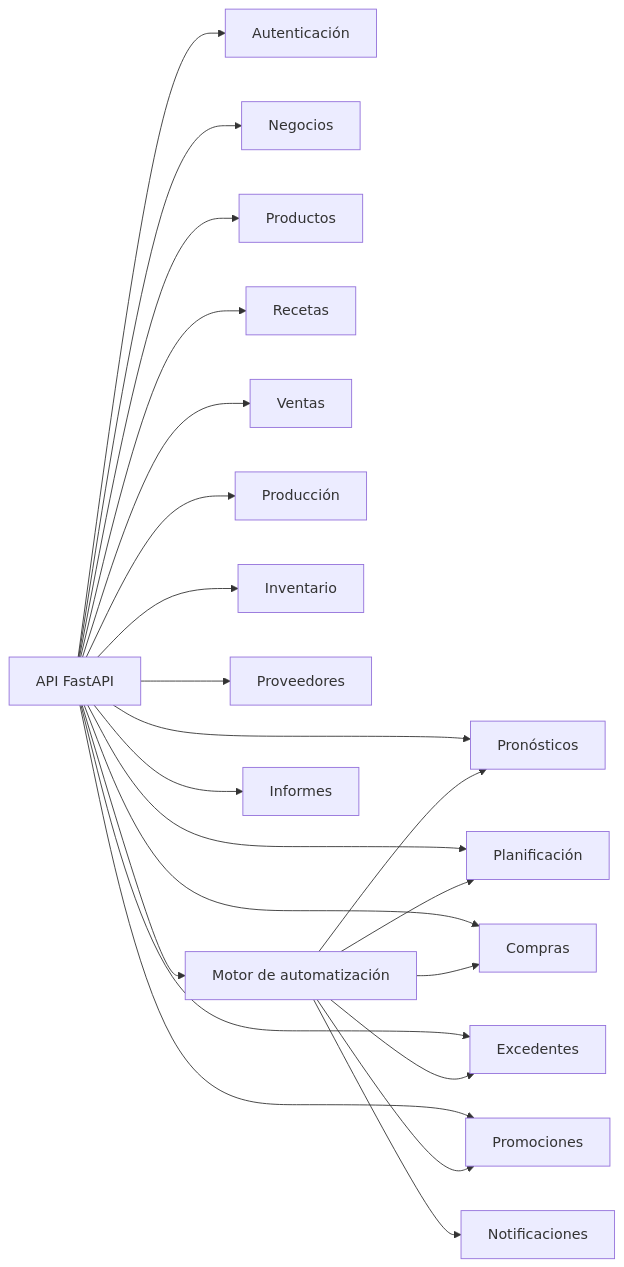
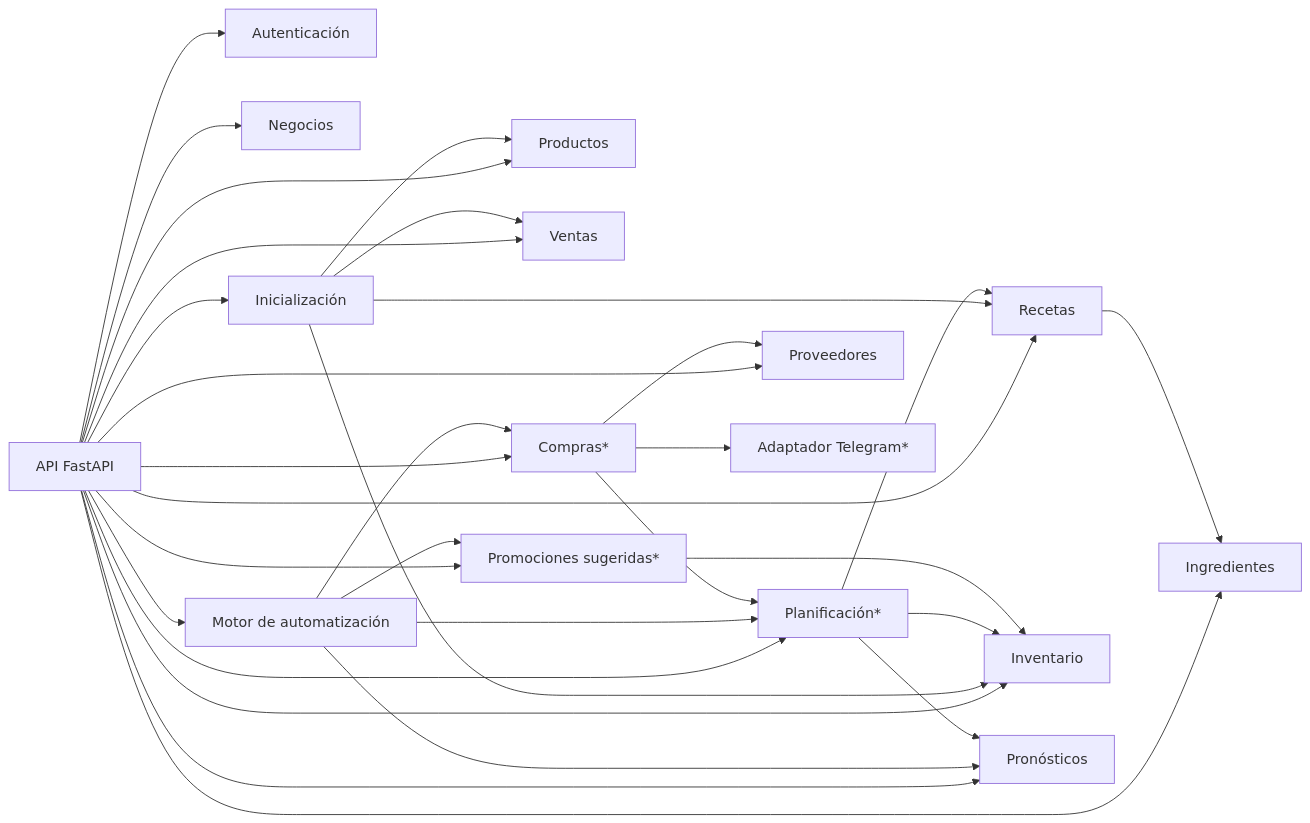
Before and after one commit to AXL031/savefood_automatizacion: the diagram in docs/arquitectura/c4/componentes.md, drawn with Mermaid. The commit also changed other lines of this file and 51 other files, not shown here.

````diff
--- a/docs/arquitectura/c4/componentes.md
+++ b/docs/arquitectura/c4/componentes.md
@@ -5,43 +5,30 @@
 ```mermaid
 flowchart LR
     api[API FastAPI]
     autenticacion[Autenticación]
     negocios[Negocios]
+    inicializacion[Inicialización]
     productos[Productos]
+    ventas[Ventas]
+    ingredientes[Ingredientes]
     recetas[Recetas]
-    ventas[Ventas]
-    produccion[Producción]
     inventario[Inventario]
     pronosticos[Pronósticos]
-    planificacion[Planificación]
+    planificacion[Planificación*]
     proveedores[Proveedores]
-    compras[Compras]
-    excedentes[Excedentes]
-    promociones[Promociones]
+    compras[Compras*]
+    promociones[Promociones sugeridas*]
     automatizaciones[Motor de automatización]
-    informes[Informes]
-    notificaciones[Notificaciones]
+    telegram[Adaptador Telegram*]
 
-    api --> autenticacion
-    api --> negocios
-    api --> productos
-    api --> recetas
-    api --> ventas
-    api --> produccion
-    api --> inventario
-    api --> pronosticos
-    api --> planificacion
-    api --> proveedores
-    api --> compras
-    api --> excedentes
-    api --> promociones
-    api --> automatizaciones
-    api --> informes
+    api --> autenticacion & negocios & inicializacion & productos & ventas
+    api --> ingredientes & recetas & inventario & pronosticos & planificacion
+    api --> proveedores & compras & promociones & automatizaciones
 
-    automatizaciones --> pronosticos
-    automatizaciones --> planificacion
-    automatizaciones --> compras
-    automatizaciones --> excedentes
-    automatizaciones --> promociones
-    automatizaciones --> notificaciones
+    inicializacion --> productos & ventas & recetas & inventario
+    recetas --> ingredientes
+    automatizaciones --> pronosticos & planificacion & compras & promociones
+    planificacion --> pronosticos & recetas & inventario
+    compras --> planificacion & proveedores & telegram
+    promociones --> inventario
 ```
````
